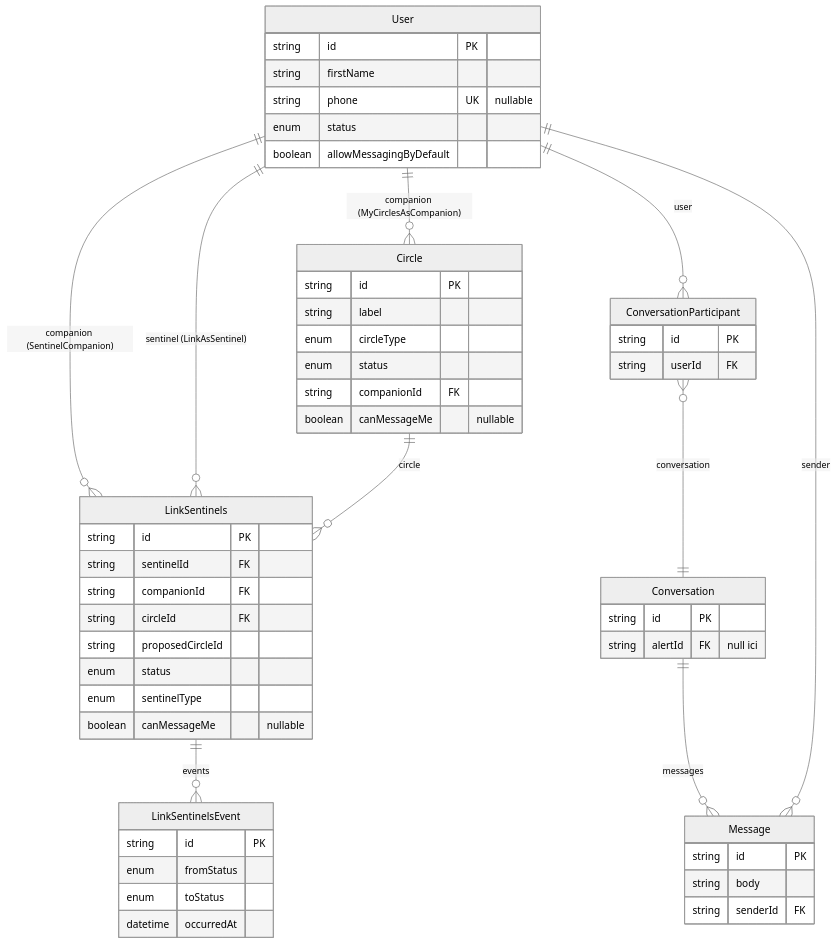
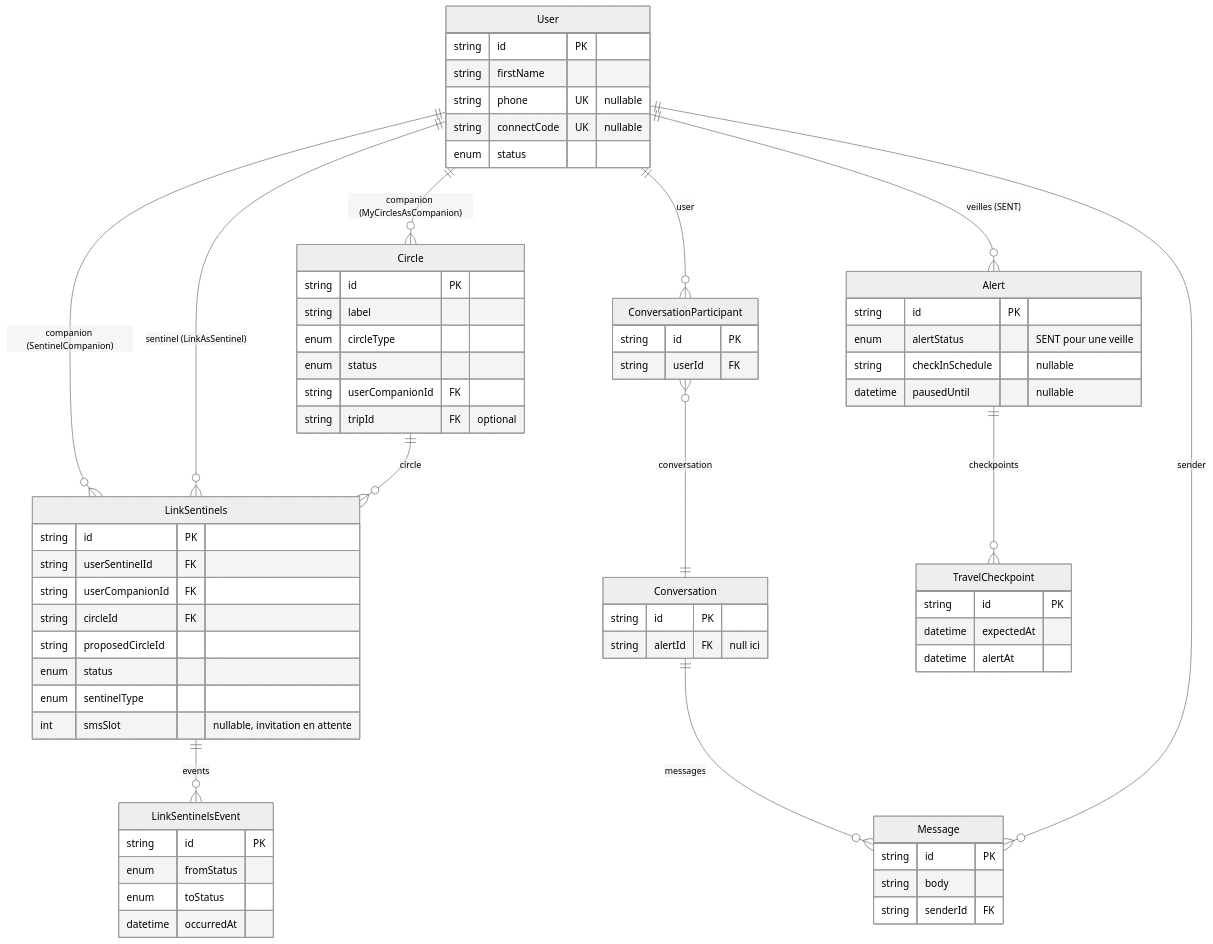
Before and after one commit to Sylvfo/MySentinelCircle: the fifth of 6 diagrams in backend/prisma/DB_schema.md, drawn with Mermaid (neutral theme). The commit also changed other lines of this file and 103 other files, not shown here.

First line of the commit message:
Watch Mode frontend, QR code connections, SMS reply codes, test lab

````diff
--- a/backend/prisma/DB_schema.md
+++ b/backend/prisma/DB_schema.md
@@ -322,57 +442,70 @@
 ```mermaid
 erDiagram
   User          ||--o{ Circle              : "companion (MyCirclesAsCompanion)"
   User          ||--o{ LinkSentinels       : "companion (SentinelCompanion)"
   User          ||--o{ LinkSentinels       : "sentinel (LinkAsSentinel)"
   Circle        ||--o{ LinkSentinels       : "circle"
   LinkSentinels ||--o{ LinkSentinelsEvent  : "events"
   User          ||--o{ ConversationParticipant : "user"
   ConversationParticipant }o--|| Conversation  : "conversation"
   Conversation  ||--o{ Message             : "messages"
   User          ||--o{ Message             : "sender"
+  User          ||--o{ Alert               : "veilles (SENT)"
+  Alert         ||--o{ TravelCheckpoint    : "checkpoints"
 
   User {
     string id PK
     string firstName
     string phone UK "nullable"
+    string connectCode UK "nullable"
     enum   status
-    boolean allowMessagingByDefault
   }
   Circle {
     string id PK
     string label
     enum   circleType
     enum   status
-    string companionId FK
-    boolean canMessageMe "nullable"
+    string userCompanionId FK
+    string tripId FK "optional"
   }
   LinkSentinels {
     string id PK
-    string sentinelId FK
-    string companionId FK
+    string userSentinelId FK
+    string userCompanionId FK
     string circleId FK
     string proposedCircleId
     enum   status
     enum   sentinelType
-    boolean canMessageMe "nullable"
+    int    smsSlot "nullable, invitation en attente"
   }
   LinkSentinelsEvent {
     string id PK
     enum   fromStatus
     enum   toStatus
     datetime occurredAt
   }
   ConversationParticipant {
     string id PK
     string userId FK
   }
   Conversation {
     string id PK
     string alertId FK "null ici"
   }
   Message {
     string id PK
     string body
     string senderId FK
   }
+  Alert {
+    string id PK
+    enum   alertStatus "SENT pour une veille"
+    string checkInSchedule "nullable"
+    datetime pausedUntil "nullable"
+  }
+  TravelCheckpoint {
+    string id PK
+    datetime expectedAt
+    datetime alertAt
+  }
 ```
````
